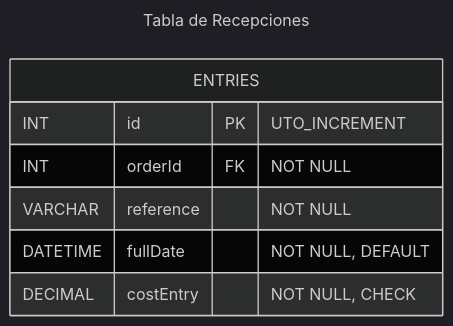
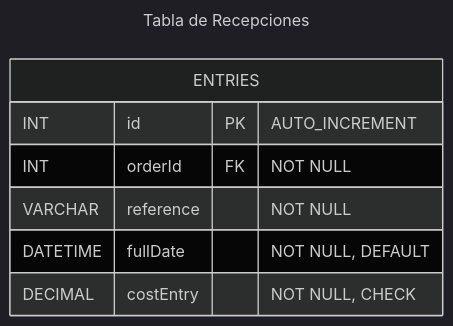
Diagram 21 of 30 in 4to-Cuatrimestre/fundamentos-base-datos/proyecto/proyecto.md (rosendocamal/homeworks), drawn with Mermaid (dark theme) before and after one commit. The commit also changed other lines of this file and 1 other file, not shown here.

````diff
--- a/4to-Cuatrimestre/fundamentos-base-datos/proyecto/proyecto.md
+++ b/4to-Cuatrimestre/fundamentos-base-datos/proyecto/proyecto.md
@@ -433,13 +433,13 @@
 ```mermaid
 ---
 title: Tabla de Recepciones
 ---
 erDiagram
 	ENTRIES {
-		INT id PK "UTO_INCREMENT"
+		INT id PK "AUTO_INCREMENT"
 		INT orderId FK "NOT NULL"
 		VARCHAR reference "NOT NULL"
 		DATETIME fullDate "NOT NULL, DEFAULT"
 		DECIMAL costEntry "NOT NULL, CHECK"
 	}
 ```
````
